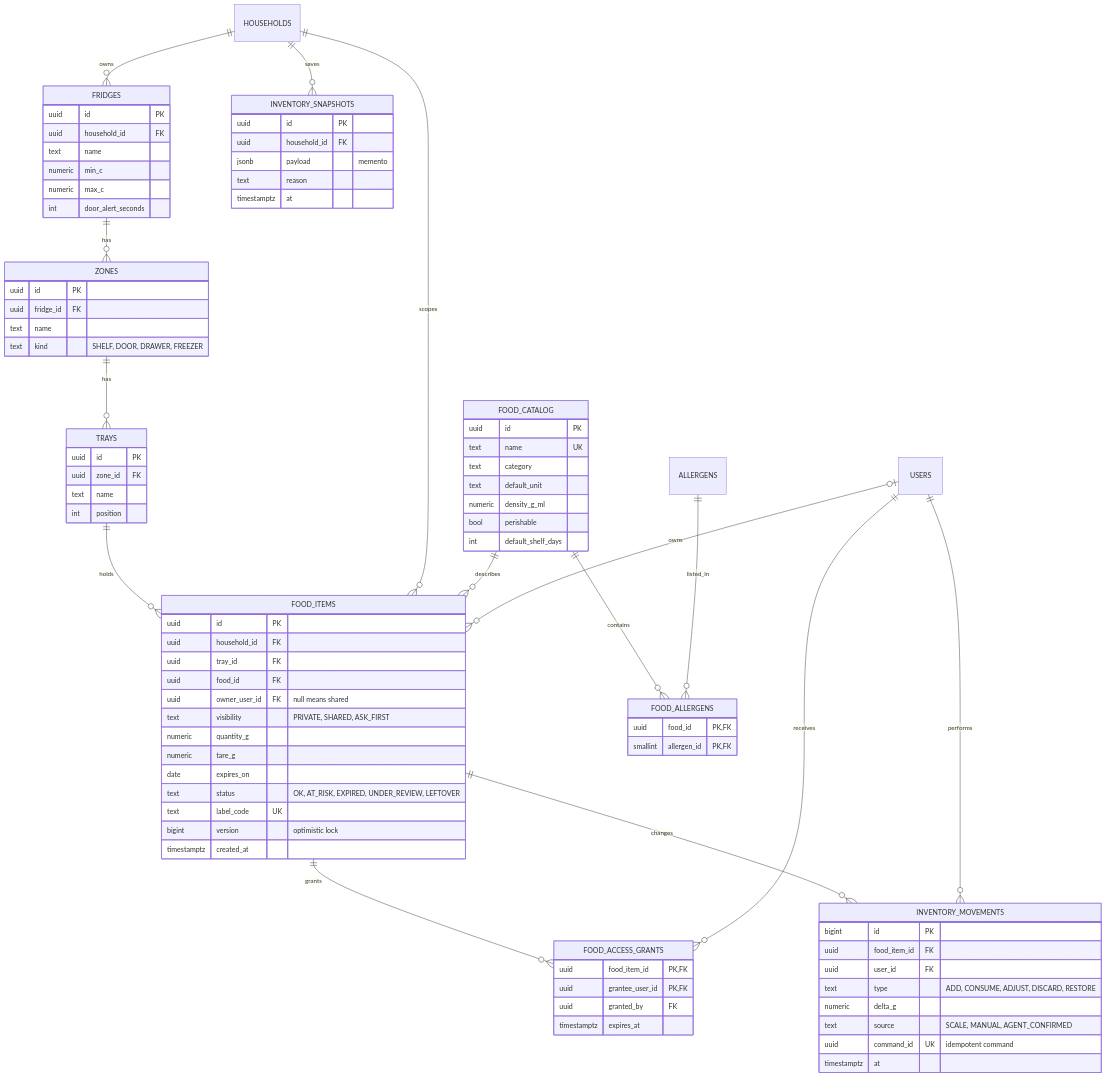
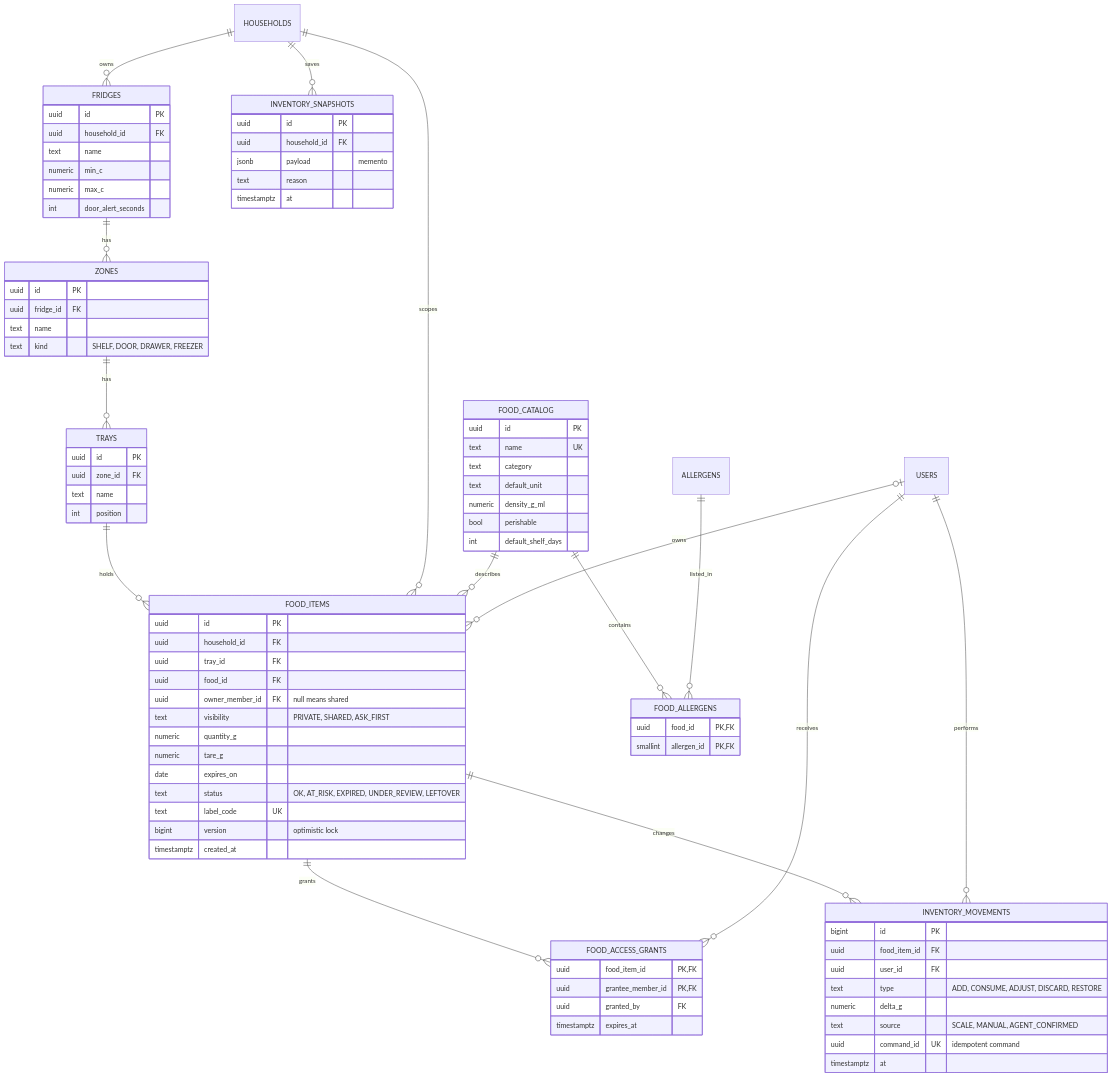
Before and after one commit to Juansit-0/HayPaComer: the second of 4 diagrams in docs/database.md, drawn with Mermaid. The commit also changed other lines of this file and 25 other files, not shown here.

Commit message:
feat(persistence): postgresql schema with flyway, repositories, and testcontainers

```diff
--- a/docs/database.md
+++ b/docs/database.md
@@ -183,7 +184,7 @@
     uuid household_id FK
     uuid tray_id FK
     uuid food_id FK
-    uuid owner_user_id FK "null means shared"
+    uuid owner_member_id FK "null means shared"
     text visibility "PRIVATE, SHARED, ASK_FIRST"
     numeric quantity_g
     numeric tare_g
@@ -195,7 +196,7 @@
   }
   FOOD_ACCESS_GRANTS {
     uuid food_item_id PK,FK
-    uuid grantee_user_id PK,FK
+    uuid grantee_member_id PK,FK
     uuid granted_by FK
     timestamptz expires_at
   }
```
